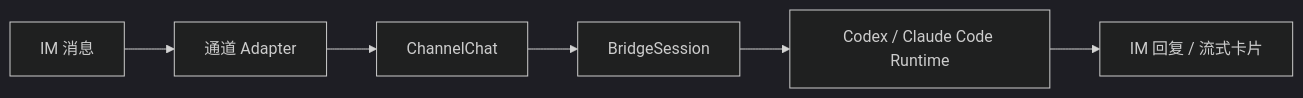
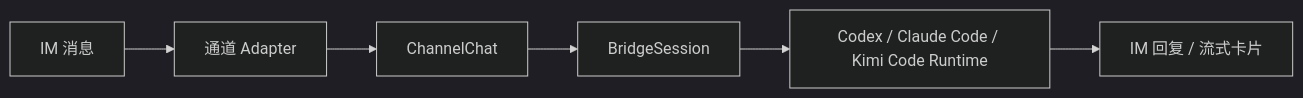
One commit to huiyeruzhou/codelark changed the diagram in docs/product/index.md. Above: the diagram before and after it, drawn with Mermaid (dark theme). The commit also changed other lines of this file and 191 other files, not shown here.

Commit message:
Add Kimi tmux runtime support

````diff
--- a/docs/product/index.md
+++ b/docs/product/index.md
@@ -21,15 +21,15 @@
 ```mermaid
 flowchart LR
   im[IM 消息]
   adapter[通道 Adapter]
   chat[ChannelChat]
   session[BridgeSession]
-  runtime[Codex / Claude Code Runtime]
+  runtime[Codex / Claude Code / Kimi Code Runtime]
   response[IM 回复 / 流式卡片]
 
   im --> adapter
   adapter --> chat
   chat --> session
   session --> runtime
   runtime --> response
 ```
````
